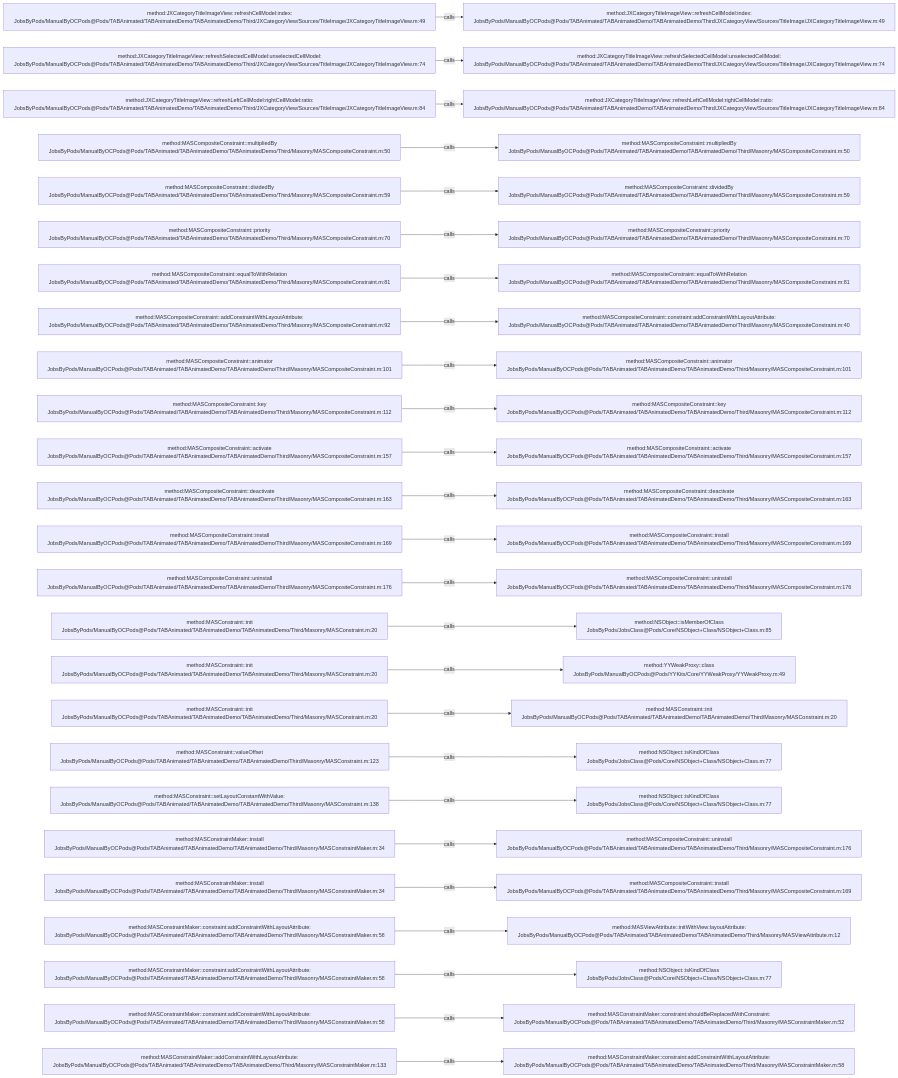
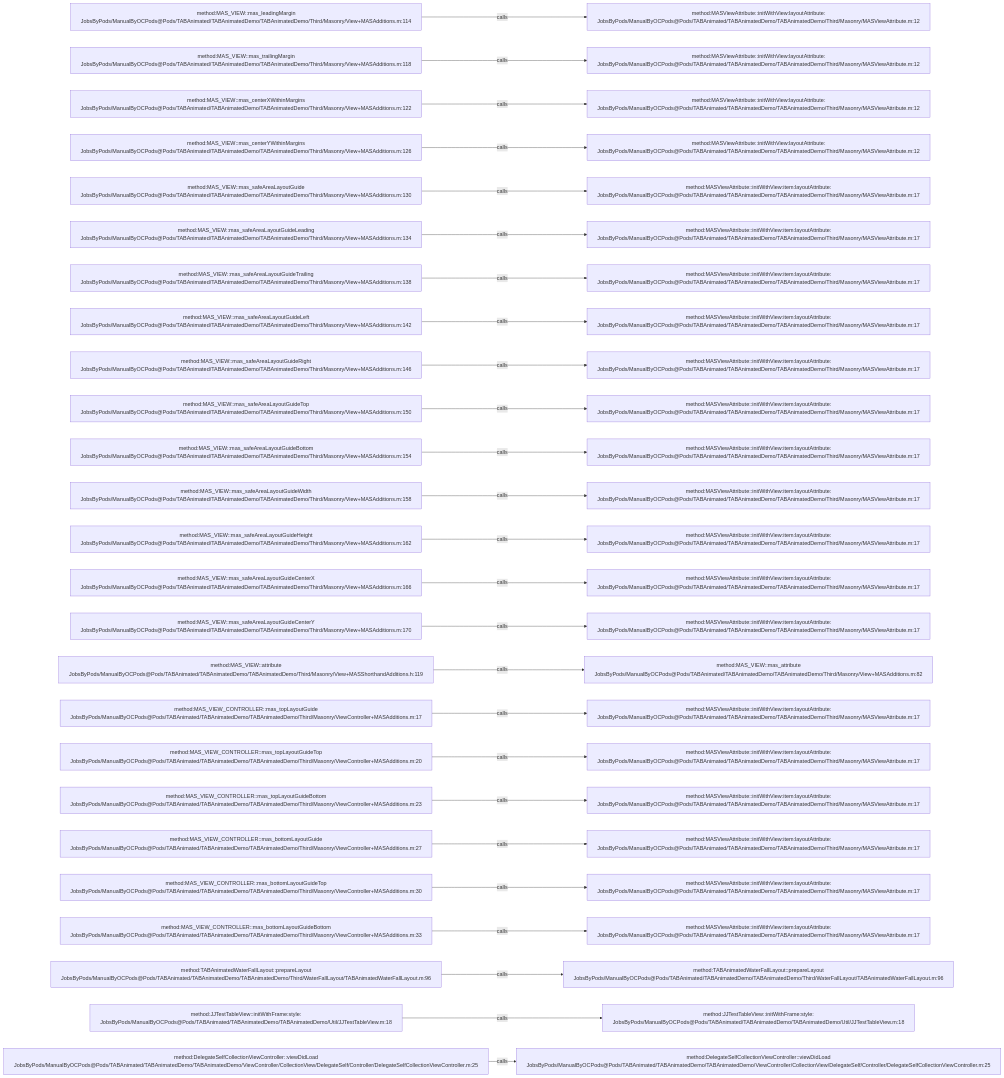
The diagram in .codegraph/codegraph.md/graphs/calls-045.md (JobsKits/JobsOCBaseConfigDemo), drawn with Mermaid before and after one commit. The commit also changed 1353 other files, not shown here.

````diff
--- a/.codegraph/codegraph.md/graphs/calls-045.md
+++ b/.codegraph/codegraph.md/graphs/calls-045.md
@@ -13,78 +13,78 @@
 ```mermaid
 flowchart LR
-  S1["method:JXCategoryTitleImageView::refreshCellModel:index:<br/>JobsByPods/ManualByOCPods@Pods/TABAnimated/TABAnimatedDemo/TABAnimatedDemo/Third/JXCategoryView/Sources/TitleImage/JXCategoryTitleImageView.m:49"]
-  T1["method:JXCategoryTitleImageView::refreshCellModel:index:<br/>JobsByPods/ManualByOCPods@Pods/TABAnimated/TABAnimatedDemo/TABAnimatedDemo/Third/JXCategoryView/Sources/TitleImage/JXCategoryTitleImageView.m:49"]
+  S1["method:MAS_VIEW::mas_leadingMargin<br/>JobsByPods/ManualByOCPods@Pods/TABAnimated/TABAnimatedDemo/TABAnimatedDemo/Third/Masonry/View+MASAdditions.m:114"]
+  T1["method:MASViewAttribute::initWithView:layoutAttribute:<br/>JobsByPods/ManualByOCPods@Pods/TABAnimated/TABAnimatedDemo/TABAnimatedDemo/Third/Masonry/MASViewAttribute.m:12"]
   S1 -->|calls| T1
-  S2["method:JXCategoryTitleImageView::refreshSelectedCellModel:unselectedCellModel:<br/>JobsByPods/ManualByOCPods@Pods/TABAnimated/TABAnimatedDemo/TABAnimatedDemo/Third/JXCategoryView/Sources/TitleImage/JXCategoryTitleImageView.m:74"]
-  T2["method:JXCategoryTitleImageView::refreshSelectedCellModel:unselectedCellModel:<br/>JobsByPods/ManualByOCPods@Pods/TABAnimated/TABAnimatedDemo/TABAnimatedDemo/Third/JXCategoryView/Sources/TitleImage/JXCategoryTitleImageView.m:74"]
+  S2["method:MAS_VIEW::mas_trailingMargin<br/>JobsByPods/ManualByOCPods@Pods/TABAnimated/TABAnimatedDemo/TABAnimatedDemo/Third/Masonry/View+MASAdditions.m:118"]
+  T2["method:MASViewAttribute::initWithView:layoutAttribute:<br/>JobsByPods/ManualByOCPods@Pods/TABAnimated/TABAnimatedDemo/TABAnimatedDemo/Third/Masonry/MASViewAttribute.m:12"]
   S2 -->|calls| T2
-  S3["method:JXCategoryTitleImageView::refreshLeftCellModel:rightCellModel:ratio:<br/>JobsByPods/ManualByOCPods@Pods/TABAnimated/TABAnimatedDemo/TABAnimatedDemo/Third/JXCategoryView/Sources/TitleImage/JXCategoryTitleImageView.m:84"]
-  T3["method:JXCategoryTitleImageView::refreshLeftCellModel:rightCellModel:ratio:<br/>JobsByPods/ManualByOCPods@Pods/TABAnimated/TABAnimatedDemo/TABAnimatedDemo/Third/JXCategoryView/Sources/TitleImage/JXCategoryTitleImageView.m:84"]
+  S3["method:MAS_VIEW::mas_centerXWithinMargins<br/>JobsByPods/ManualByOCPods@Pods/TABAnimated/TABAnimatedDemo/TABAnimatedDemo/Third/Masonry/View+MASAdditions.m:122"]
+  T3["method:MASViewAttribute::initWithView:layoutAttribute:<br/>JobsByPods/ManualByOCPods@Pods/TABAnimated/TABAnimatedDemo/TABAnimatedDemo/Third/Masonry/MASViewAttribute.m:12"]
   S3 -->|calls| T3
-  S4["method:MASCompositeConstraint::multipliedBy<br/>JobsByPods/ManualByOCPods@Pods/TABAnimated/TABAnimatedDemo/TABAnimatedDemo/Third/Masonry/MASCompositeConstraint.m:50"]
-  T4["method:MASCompositeConstraint::multipliedBy<br/>JobsByPods/ManualByOCPods@Pods/TABAnimated/TABAnimatedDemo/TABAnimatedDemo/Third/Masonry/MASCompositeConstraint.m:50"]
+  S4["method:MAS_VIEW::mas_centerYWithinMargins<br/>JobsByPods/ManualByOCPods@Pods/TABAnimated/TABAnimatedDemo/TABAnimatedDemo/Third/Masonry/View+MASAdditions.m:126"]
+  T4["method:MASViewAttribute::initWithView:layoutAttribute:<br/>JobsByPods/ManualByOCPods@Pods/TABAnimated/TABAnimatedDemo/TABAnimatedDemo/Third/Masonry/MASViewAttribute.m:12"]
   S4 -->|calls| T4
-  S5["method:MASCompositeConstraint::dividedBy<br/>JobsByPods/ManualByOCPods@Pods/TABAnimated/TABAnimatedDemo/TABAnimatedDemo/Third/Masonry/MASCompositeConstraint.m:59"]
-  T5["method:MASCompositeConstraint::dividedBy<br/>JobsByPods/ManualByOCPods@Pods/TABAnimated/TABAnimatedDemo/TABAnimatedDemo/Third/Masonry/MASCompositeConstraint.m:59"]
+  S5["method:MAS_VIEW::mas_safeAreaLayoutGuide<br/>JobsByPods/ManualByOCPods@Pods/TABAnimated/TABAnimatedDemo/TABAnimatedDemo/Third/Masonry/View+MASAdditions.m:130"]
+  T5["method:MASViewAttribute::initWithView:item:layoutAttribute:<br/>JobsByPods/ManualByOCPods@Pods/TABAnimated/TABAnimatedDemo/TABAnimatedDemo/Third/Masonry/MASViewAttribute.m:17"]
   S5 -->|calls| T5
-  S6["method:MASCompositeConstraint::priority<br/>JobsByPods/ManualByOCPods@Pods/TABAnimated/TABAnimatedDemo/TABAnimatedDemo/Third/Masonry/MASCompositeConstraint.m:70"]
-  T6["method:MASCompositeConstraint::priority<br/>JobsByPods/ManualByOCPods@Pods/TABAnimated/TABAnimatedDemo/TABAnimatedDemo/Third/Masonry/MASCompositeConstraint.m:70"]
+  S6["method:MAS_VIEW::mas_safeAreaLayoutGuideLeading<br/>JobsByPods/ManualByOCPods@Pods/TABAnimated/TABAnimatedDemo/TABAnimatedDemo/Third/Masonry/View+MASAdditions.m:134"]
+  T6["method:MASViewAttribute::initWithView:item:layoutAttribute:<br/>JobsByPods/ManualByOCPods@Pods/TABAnimated/TABAnimatedDemo/TABAnimatedDemo/Third/Masonry/MASViewAttribute.m:17"]
   S6 -->|calls| T6
-  S7["method:MASCompositeConstraint::equalToWithRelation<br/>JobsByPods/ManualByOCPods@Pods/TABAnimated/TABAnimatedDemo/TABAnimatedDemo/Third/Masonry/MASCompositeConstraint.m:81"]
-  T7["method:MASCompositeConstraint::equalToWithRelation<br/>JobsByPods/ManualByOCPods@Pods/TABAnimated/TABAnimatedDemo/TABAnimatedDemo/Third/Masonry/MASCompositeConstraint.m:81"]
+  S7["method:MAS_VIEW::mas_safeAreaLayoutGuideTrailing<br/>JobsByPods/ManualByOCPods@Pods/TABAnimated/TABAnimatedDemo/TABAnimatedDemo/Third/Masonry/View+MASAdditions.m:138"]
+  T7["method:MASViewAttribute::initWithView:item:layoutAttribute:<br/>JobsByPods/ManualByOCPods@Pods/TABAnimated/TABAnimatedDemo/TABAnimatedDemo/Third/Masonry/MASViewAttribute.m:17"]
   S7 -->|calls| T7
-  S8["method:MASCompositeConstraint::addConstraintWithLayoutAttribute:<br/>JobsByPods/ManualByOCPods@Pods/TABAnimated/TABAnimatedDemo/TABAnimatedDemo/Third/Masonry/MASCompositeConstraint.m:92"]
-  T8["method:MASCompositeConstraint::constraint:addConstraintWithLayoutAttribute:<br/>JobsByPods/ManualByOCPods@Pods/TABAnimated/TABAnimatedDemo/TABAnimatedDemo/Third/Masonry/MASCompositeConstraint.m:40"]
+  S8["method:MAS_VIEW::mas_safeAreaLayoutGuideLeft<br/>JobsByPods/ManualByOCPods@Pods/TABAnimated/TABAnimatedDemo/TABAnimatedDemo/Third/Masonry/View+MASAdditions.m:142"]
+  T8["method:MASViewAttribute::initWithView:item:layoutAttribute:<br/>JobsByPods/ManualByOCPods@Pods/TABAnimated/TABAnimatedDemo/TABAnimatedDemo/Third/Masonry/MASViewAttribute.m:17"]
   S8 -->|calls| T8
-  S9["method:MASCompositeConstraint::animator<br/>JobsByPods/ManualByOCPods@Pods/TABAnimated/TABAnimatedDemo/TABAnimatedDemo/Third/Masonry/MASCompositeConstraint.m:101"]
-  T9["method:MASCompositeConstraint::animator<br/>JobsByPods/ManualByOCPods@Pods/TABAnimated/TABAnimatedDemo/TABAnimatedDemo/Third/Masonry/MASCompositeConstraint.m:101"]
+  S9["method:MAS_VIEW::mas_safeAreaLayoutGuideRight<br/>JobsByPods/ManualByOCPods@Pods/TABAnimated/TABAnimatedDemo/TABAnimatedDemo/Third/Masonry/View+MASAdditions.m:146"]
+  T9["method:MASViewAttribute::initWithView:item:layoutAttribute:<br/>JobsByPods/ManualByOCPods@Pods/TABAnimated/TABAnimatedDemo/TABAnimatedDemo/Third/Masonry/MASViewAttribute.m:17"]
   S9 -->|calls| T9
-  S10["method:MASCompositeConstraint::key<br/>JobsByPods/ManualByOCPods@Pods/TABAnimated/TABAnimatedDemo/TABAnimatedDemo/Third/Masonry/MASCompositeConstraint.m:112"]
-  T10["method:MASCompositeConstraint::key<br/>JobsByPods/ManualByOCPods@Pods/TABAnimated/TABAnimatedDemo/TABAnimatedDemo/Third/Masonry/MASCompositeConstraint.m:112"]
+  S10["method:MAS_VIEW::mas_safeAreaLayoutGuideTop<br/>JobsByPods/ManualByOCPods@Pods/TABAnimated/TABAnimatedDemo/TABAnimatedDemo/Third/Masonry/View+MASAdditions.m:150"]
+  T10["method:MASViewAttribute::initWithView:item:layoutAttribute:<br/>JobsByPods/ManualByOCPods@Pods/TABAnimated/TABAnimatedDemo/TABAnimatedDemo/Third/Masonry/MASViewAttribute.m:17"]
   S10 -->|calls| T10
-  S11["method:MASCompositeConstraint::activate<br/>JobsByPods/ManualByOCPods@Pods/TABAnimated/TABAnimatedDemo/TABAnimatedDemo/Third/Masonry/MASCompositeConstraint.m:157"]
-  T11["method:MASCompositeConstraint::activate<br/>JobsByPods/ManualByOCPods@Pods/TABAnimated/TABAnimatedDemo/TABAnimatedDemo/Third/Masonry/MASCompositeConstraint.m:157"]
+  S11["method:MAS_VIEW::mas_safeAreaLayoutGuideBottom<br/>JobsByPods/ManualByOCPods@Pods/TABAnimated/TABAnimatedDemo/TABAnimatedDemo/Third/Masonry/View+MASAdditions.m:154"]
+  T11["method:MASViewAttribute::initWithView:item:layoutAttribute:<br/>JobsByPods/ManualByOCPods@Pods/TABAnimated/TABAnimatedDemo/TABAnimatedDemo/Third/Masonry/MASViewAttribute.m:17"]
   S11 -->|calls| T11
-  S12["method:MASCompositeConstraint::deactivate<br/>JobsByPods/ManualByOCPods@Pods/TABAnimated/TABAnimatedDemo/TABAnimatedDemo/Third/Masonry/MASCompositeConstraint.m:163"]
-  T12["method:MASCompositeConstraint::deactivate<br/>JobsByPods/ManualByOCPods@Pods/TABAnimated/TABAnimatedDemo/TABAnimatedDemo/Third/Masonry/MASCompositeConstraint.m:163"]
+  S12["method:MAS_VIEW::mas_safeAreaLayoutGuideWidth<br/>JobsByPods/ManualByOCPods@Pods/TABAnimated/TABAnimatedDemo/TABAnimatedDemo/Third/Masonry/View+MASAdditions.m:158"]
+  T12["method:MASViewAttribute::initWithView:item:layoutAttribute:<br/>JobsByPods/ManualByOCPods@Pods/TABAnimated/TABAnimatedDemo/TABAnimatedDemo/Third/Masonry/MASViewAttribute.m:17"]
   S12 -->|calls| T12
-  S13["method:MASCompositeConstraint::install<br/>JobsByPods/ManualByOCPods@Pods/TABAnimated/TABAnimatedDemo/TABAnimatedDemo/Third/Masonry/MASCompositeConstraint.m:169"]
-  T13["method:MASCompositeConstraint::install<br/>JobsByPods/ManualByOCPods@Pods/TABAnimated/TABAnimatedDemo/TABAnimatedDemo/Third/Masonry/MASCompositeConstraint.m:169"]
+  S13["method:MAS_VIEW::mas_safeAreaLayoutGuideHeight<br/>JobsByPods/ManualByOCPods@Pods/TABAnimated/TABAnimatedDemo/TABAnimatedDemo/Third/Masonry/View+MASAdditions.m:162"]
+  T13["method:MASViewAttribute::initWithView:item:layoutAttribute:<br/>JobsByPods/ManualByOCPods@Pods/TABAnimated/TABAnimatedDemo/TABAnimatedDemo/Third/Masonry/MASViewAttribute.m:17"]
   S13 -->|calls| T13
-  S14["method:MASCompositeConstraint::uninstall<br/>JobsByPods/ManualByOCPods@Pods/TABAnimated/TABAnimatedDemo/TABAnimatedDemo/Third/Masonry/MASCompositeConstraint.m:176"]
-  T14["method:MASCompositeConstraint::uninstall<br/>JobsByPods/ManualByOCPods@Pods/TABAnimated/TABAnimatedDemo/TABAnimatedDemo/Third/Masonry/MASCompositeConstraint.m:176"]
+  S14["method:MAS_VIEW::mas_safeAreaLayoutGuideCenterX<br/>JobsByPods/ManualByOCPods@Pods/TABAnimated/TABAnimatedDemo/TABAnimatedDemo/Third/Masonry/View+MASAdditions.m:166"]
+  T14["method:MASViewAttribute::initWithView:item:layoutAttribute:<br/>JobsByPods/ManualByOCPods@Pods/TABAnimated/TABAnimatedDemo/TABAnimatedDemo/Third/Masonry/MASViewAttribute.m:17"]
   S14 -->|calls| T14
-  S15["method:MASConstraint::init<br/>JobsByPods/ManualByOCPods@Pods/TABAnimated/TABAnimatedDemo/TABAnimatedDemo/Third/Masonry/MASConstraint.m:20"]
-  T15["method:NSObject::isMemberOfClass<br/>JobsByPods/JobsClass@Pods/Core/NSObject+Class/NSObject+Class.m:85"]
+  S15["method:MAS_VIEW::mas_safeAreaLayoutGuideCenterY<br/>JobsByPods/ManualByOCPods@Pods/TABAnimated/TABAnimatedDemo/TABAnimatedDemo/Third/Masonry/View+MASAdditions.m:170"]
+  T15["method:MASViewAttribute::initWithView:item:layoutAttribute:<br/>JobsByPods/ManualByOCPods@Pods/TABAnimated/TABAnimatedDemo/TABAnimatedDemo/Third/Masonry/MASViewAttribute.m:17"]
   S15 -->|calls| T15
-  S16["method:MASConstraint::init<br/>JobsByPods/ManualByOCPods@Pods/TABAnimated/TABAnimatedDemo/TABAnimatedDemo/Third/Masonry/MASConstraint.m:20"]
-  T16["method:YYWeakProxy::class<br/>JobsByPods/ManualByOCPods@Pods/YYKits/Core/YYWeakProxy/YYWeakProxy.m:49"]
+  S16["method:MAS_VIEW::attribute<br/>JobsByPods/ManualByOCPods@Pods/TABAnimated/TABAnimatedDemo/TABAnimatedDemo/Third/Masonry/View+MASShorthandAdditions.h:119"]
+  T16["method:MAS_VIEW::mas_attribute<br/>JobsByPods/ManualByOCPods@Pods/TABAnimated/TABAnimatedDemo/TABAnimatedDemo/Third/Masonry/View+MASAdditions.m:82"]
   S16 -->|calls| T16
-  S17["method:MASConstraint::init<br/>JobsByPods/ManualByOCPods@Pods/TABAnimated/TABAnimatedDemo/TABAnimatedDemo/Third/Masonry/MASConstraint.m:20"]
-  T17["method:MASConstraint::init<br/>JobsByPods/ManualByOCPods@Pods/TABAnimated/TABAnimatedDemo/TABAnimatedDemo/Third/Masonry/MASConstraint.m:20"]
+  S17["method:MAS_VIEW_CONTROLLER::mas_topLayoutGuide<br/>JobsByPods/ManualByOCPods@Pods/TABAnimated/TABAnimatedDemo/TABAnimatedDemo/Third/Masonry/ViewController+MASAdditions.m:17"]
+  T17["method:MASViewAttribute::initWithView:item:layoutAttribute:<br/>JobsByPods/ManualByOCPods@Pods/TABAnimated/TABAnimatedDemo/TABAnimatedDemo/Third/Masonry/MASViewAttribute.m:17"]
   S17 -->|calls| T17
-  S18["method:MASConstraint::valueOffset<br/>JobsByPods/ManualByOCPods@Pods/TABAnimated/TABAnimatedDemo/TABAnimatedDemo/Third/Masonry/MASConstraint.m:123"]
-  T18["method:NSObject::isKindOfClass<br/>JobsByPods/JobsClass@Pods/Core/NSObject+Class/NSObject+Class.m:77"]
+  S18["method:MAS_VIEW_CONTROLLER::mas_topLayoutGuideTop<br/>JobsByPods/ManualByOCPods@Pods/TABAnimated/TABAnimatedDemo/TABAnimatedDemo/Third/Masonry/ViewController+MASAdditions.m:20"]
+  T18["method:MASViewAttribute::initWithView:item:layoutAttribute:<br/>JobsByPods/ManualByOCPods@Pods/TABAnimated/TABAnimatedDemo/TABAnimatedDemo/Third/Masonry/MASViewAttribute.m:17"]
   S18 -->|calls| T18
-  S19["method:MASConstraint::setLayoutConstantWithValue:<br/>JobsByPods/ManualByOCPods@Pods/TABAnimated/TABAnimatedDemo/TABAnimatedDemo/Third/Masonry/MASConstraint.m:138"]
-  T19["method:NSObject::isKindOfClass<br/>JobsByPods/JobsClass@Pods/Core/NSObject+Class/NSObject+Class.m:77"]
+  S19["method:MAS_VIEW_CONTROLLER::mas_topLayoutGuideBottom<br/>JobsByPods/ManualByOCPods@Pods/TABAnimated/TABAnimatedDemo/TABAnimatedDemo/Third/Masonry/ViewController+MASAdditions.m:23"]
+  T19["method:MASViewAttribute::initWithView:item:layoutAttribute:<br/>JobsByPods/ManualByOCPods@Pods/TABAnimated/TABAnimatedDemo/TABAnimatedDemo/Third/Masonry/MASViewAttribute.m:17"]
   S19 -->|calls| T19
-  S20["method:MASConstraintMaker::install<br/>JobsByPods/ManualByOCPods@Pods/TABAnimated/TABAnimatedDemo/TABAnimatedDemo/Third/Masonry/MASConstraintMaker.m:34"]
-  T20["method:MASCompositeConstraint::uninstall<br/>JobsByPods/ManualByOCPods@Pods/TABAnimated/TABAnimatedDemo/TABAnimatedDemo/Third/Masonry/MASCompositeConstraint.m:176"]
+  S20["method:MAS_VIEW_CONTROLLER::mas_bottomLayoutGuide<br/>JobsByPods/ManualByOCPods@Pods/TABAnimated/TABAnimatedDemo/TABAnimatedDemo/Third/Masonry/ViewController+MASAdditions.m:27"]
+  T20["method:MASViewAttribute::initWithView:item:layoutAttribute:<br/>JobsByPods/ManualByOCPods@Pods/TABAnimated/TABAnimatedDemo/TABAnimatedDemo/Third/Masonry/MASViewAttribute.m:17"]
   S20 -->|calls| T20
-  S21["method:MASConstraintMaker::install<br/>JobsByPods/ManualByOCPods@Pods/TABAnimated/TABAnimatedDemo/TABAnimatedDemo/Third/Masonry/MASConstraintMaker.m:34"]
-  T21["method:MASCompositeConstraint::install<br/>JobsByPods/ManualByOCPods@Pods/TABAnimated/TABAnimatedDemo/TABAnimatedDemo/Third/Masonry/MASCompositeConstraint.m:169"]
+  S21["method:MAS_VIEW_CONTROLLER::mas_bottomLayoutGuideTop<br/>JobsByPods/ManualByOCPods@Pods/TABAnimated/TABAnimatedDemo/TABAnimatedDemo/Third/Masonry/ViewController+MASAdditions.m:30"]
+  T21["method:MASViewAttribute::initWithView:item:layoutAttribute:<br/>JobsByPods/ManualByOCPods@Pods/TABAnimated/TABAnimatedDemo/TABAnimatedDemo/Third/Masonry/MASViewAttribute.m:17"]
   S21 -->|calls| T21
-  S22["method:MASConstraintMaker::constraint:addConstraintWithLayoutAttribute:<br/>JobsByPods/ManualByOCPods@Pods/TABAnimated/TABAnimatedDemo/TABAnimatedDemo/Third/Masonry/MASConstraintMaker.m:58"]
-  T22["method:MASViewAttribute::initWithView:layoutAttribute:<br/>JobsByPods/ManualByOCPods@Pods/TABAnimated/TABAnimatedDemo/TABAnimatedDemo/Third/Masonry/MASViewAttribute.m:12"]
+  S22["method:MAS_VIEW_CONTROLLER::mas_bottomLayoutGuideBottom<br/>JobsByPods/ManualByOCPods@Pods/TABAnimated/TABAnimatedDemo/TABAnimatedDemo/Third/Masonry/ViewController+MASAdditions.m:33"]
+  T22["method:MASViewAttribute::initWithView:item:layoutAttribute:<br/>JobsByPods/ManualByOCPods@Pods/TABAnimated/TABAnimatedDemo/TABAnimatedDemo/Third/Masonry/MASViewAttribute.m:17"]
   S22 -->|calls| T22
-  S23["method:MASConstraintMaker::constraint:addConstraintWithLayoutAttribute:<br/>JobsByPods/ManualByOCPods@Pods/TABAnimated/TABAnimatedDemo/TABAnimatedDemo/Third/Masonry/MASConstraintMaker.m:58"]
-  T23["method:NSObject::isKindOfClass<br/>JobsByPods/JobsClass@Pods/Core/NSObject+Class/NSObject+Class.m:77"]
+  S23["method:TABAnimatedWaterFallLayout::prepareLayout<br/>JobsByPods/ManualByOCPods@Pods/TABAnimated/TABAnimatedDemo/TABAnimatedDemo/Third/WaterFallLayout/TABAnimatedWaterFallLayout.m:96"]
+  T23["method:TABAnimatedWaterFallLayout::prepareLayout<br/>JobsByPods/ManualByOCPods@Pods/TABAnimated/TABAnimatedDemo/TABAnimatedDemo/Third/WaterFallLayout/TABAnimatedWaterFallLayout.m:96"]
   S23 -->|calls| T23
-  S24["method:MASConstraintMaker::constraint:addConstraintWithLayoutAttribute:<br/>JobsByPods/ManualByOCPods@Pods/TABAnimated/TABAnimatedDemo/TABAnimatedDemo/Third/Masonry/MASConstraintMaker.m:58"]
-  T24["method:MASConstraintMaker::constraint:shouldBeReplacedWithConstraint:<br/>JobsByPods/ManualByOCPods@Pods/TABAnimated/TABAnimatedDemo/TABAnimatedDemo/Third/Masonry/MASConstraintMaker.m:52"]
+  S24["method:JJTestTableView::initWithFrame:style:<br/>JobsByPods/ManualByOCPods@Pods/TABAnimated/TABAnimatedDemo/TABAnimatedDemo/Util/JJTestTableView.m:18"]
+  T24["method:JJTestTableView::initWithFrame:style:<br/>JobsByPods/ManualByOCPods@Pods/TABAnimated/TABAnimatedDemo/TABAnimatedDemo/Util/JJTestTableView.m:18"]
   S24 -->|calls| T24
-  S25["method:MASConstraintMaker::addConstraintWithLayoutAttribute:<br/>JobsByPods/ManualByOCPods@Pods/TABAnimated/TABAnimatedDemo/TABAnimatedDemo/Third/Masonry/MASConstraintMaker.m:133"]
-  T25["method:MASConstraintMaker::constraint:addConstraintWithLayoutAttribute:<br/>JobsByPods/ManualByOCPods@Pods/TABAnimated/TABAnimatedDemo/TABAnimatedDemo/Third/Masonry/MASConstraintMaker.m:58"]
+  S25["method:DelegateSelfCollectionViewController::viewDidLoad<br/>JobsByPods/ManualByOCPods@Pods/TABAnimated/TABAnimatedDemo/TABAnimatedDemo/ViewController/CollectionView/DelegateSelf/Controller/DelegateSelfCollectionViewController.m:25"]
+  T25["method:DelegateSelfCollectionViewController::viewDidLoad<br/>JobsByPods/ManualByOCPods@Pods/TABAnimated/TABAnimatedDemo/TABAnimatedDemo/ViewController/CollectionView/DelegateSelf/Controller/DelegateSelfCollectionViewController.m:25"]
   S25 -->|calls| T25
 ```
````
